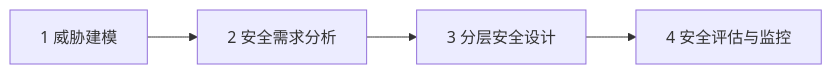
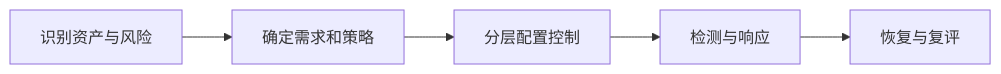
The diagram in 01_综合知识/03_信息安全技术/05_安全架构治理与可信/安全架构设计.md (74262195/system-architect-notes), drawn with Mermaid before and after one commit. The commit also changed other lines of this file and 40 other files, not shown here.

````diff
--- a/01_综合知识/03_信息安全技术/05_安全架构治理与可信/安全架构设计.md
+++ b/01_综合知识/03_信息安全技术/05_安全架构治理与可信/安全架构设计.md
@@ -48,6 +32,7 @@
 ```mermaid
 flowchart LR
-    A[1 威胁建模] --> B[2 安全需求分析]
-    B --> C[3 分层安全设计]
-    C --> D[4 安全评估与监控]
+    A[识别资产与风险] --> B[确定需求和策略]
+    B --> C[分层配置控制]
+    C --> D[检测与响应]
+    D --> E[恢复与复评]
 ```
````
